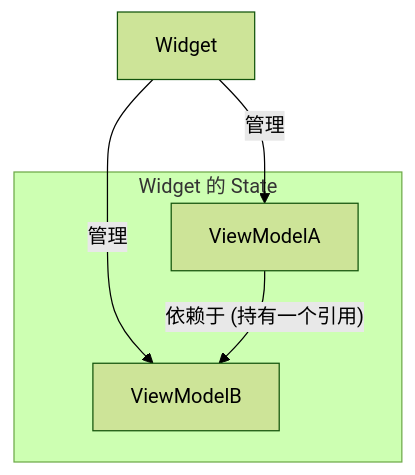
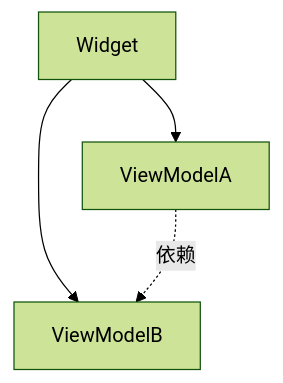
Before and after one commit to lwj1994/flutter_view_model: the second of 2 diagrams in packages/view_model/README_ZH.md, drawn with Mermaid (forest theme). The commit also changed other lines of this file and 2 other files, not shown here.

````diff
--- a/packages/view_model/README_ZH.md
+++ b/packages/view_model/README_ZH.md
@@ -891,12 +398,6 @@
 ```mermaid
 graph TD
-    Widget
-    subgraph "Widget 的 State"
-        ViewModelA
-        ViewModelB
-    end
-
-    Widget -- 管理 --> ViewModelA
-    Widget -- 管理 --> ViewModelB
-    ViewModelA -- "依赖于 (持有一个引用)" --> ViewModelB
+    Widget --> ViewModelA
+    Widget --> ViewModelB
+    ViewModelA -.依赖.-> ViewModelB
 ```
````
